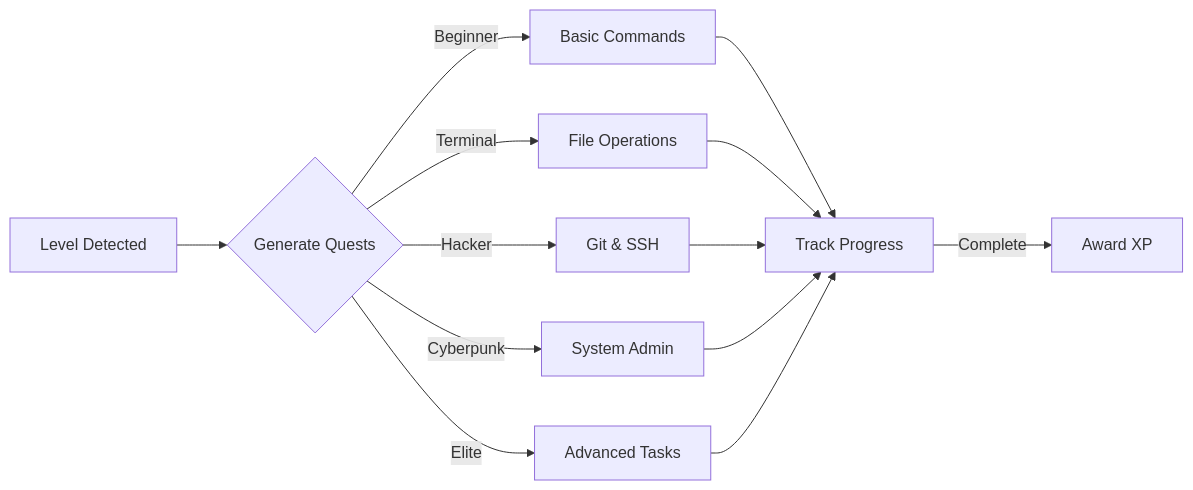
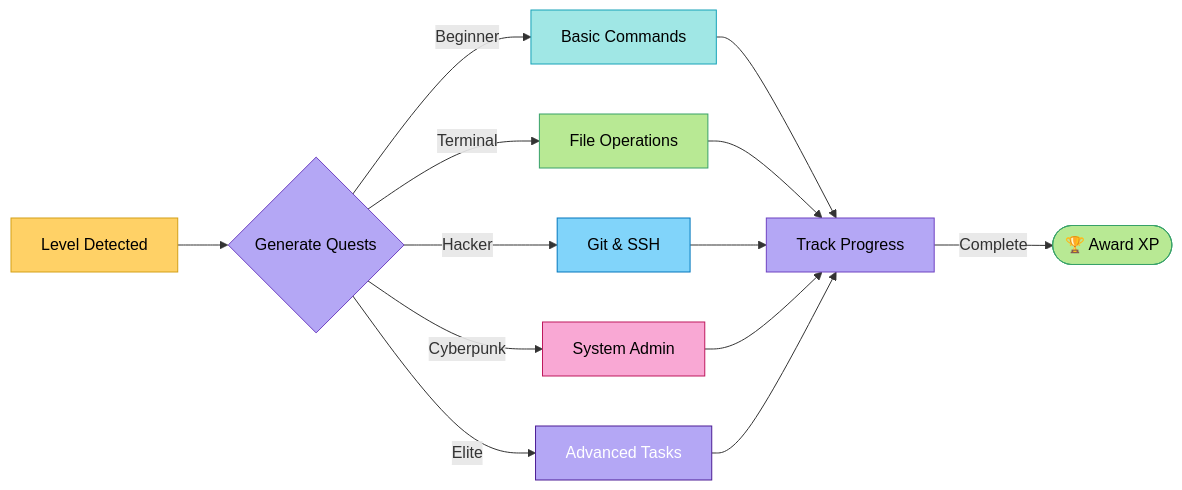
The third of 3 diagrams in docs/en/guides/gamification-system.md (Munique-Feitoza/Munux-Reactive-Workspace), drawn with Mermaid before and after one commit. The commit also changed other lines of this file and 9 other files, not shown here.

First line of the commit message:
docs: documenta SSH e adiciona diagramas UML coloridos

````diff
--- a/docs/en/guides/gamification-system.md
+++ b/docs/en/guides/gamification-system.md
@@ -126,15 +188,24 @@
 ```mermaid
 graph LR
-    A[Level Detected] --> B{Generate Quests}
-    B -->|Beginner| C[Basic Commands]
-    B -->|Terminal| D[File Operations]
-    B -->|Hacker| E[Git & SSH]
-    B -->|Cyberpunk| F[System Admin]
-    B -->|Elite| G[Advanced Tasks]
-    C --> H[Track Progress]
+    A[Level Detected]:::in --> B{Generate Quests}:::core
+    B -->|Beginner| C[Basic Commands]:::beg
+    B -->|Terminal| D[File Operations]:::term
+    B -->|Hacker| E[Git & SSH]:::hack
+    B -->|Cyberpunk| F[System Admin]:::cyber
+    B -->|Elite| G[Advanced Tasks]:::elite
+    C --> H[Track Progress]:::core
     D --> H
     E --> H
     F --> H
     G --> H
-    H -->|Complete| I[Award XP]
+    H -->|Complete| I([🏆 Award XP]):::win
+
+    classDef in fill:#ffd166,stroke:#d4a017,color:#000
+    classDef core fill:#b4a7f5,stroke:#6f42c1,color:#000
+    classDef beg fill:#a0e7e5,stroke:#17a2b8,color:#000
+    classDef term fill:#b8e994,stroke:#38a169,color:#000
+    classDef hack fill:#81d4fa,stroke:#0277bd,color:#000
+    classDef cyber fill:#f9a8d4,stroke:#be185d,color:#000
+    classDef elite fill:#b4a7f5,stroke:#4c1d95,color:#fff
+    classDef win fill:#b8e994,stroke:#38a169,color:#000
 ```
````
